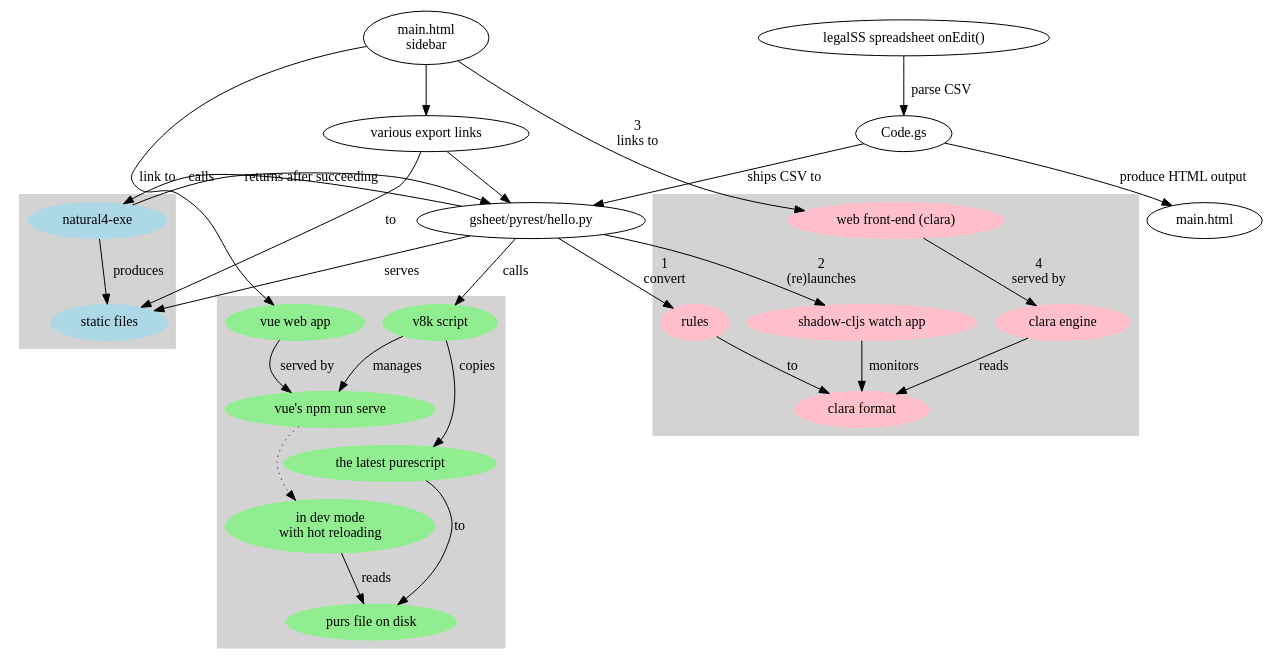
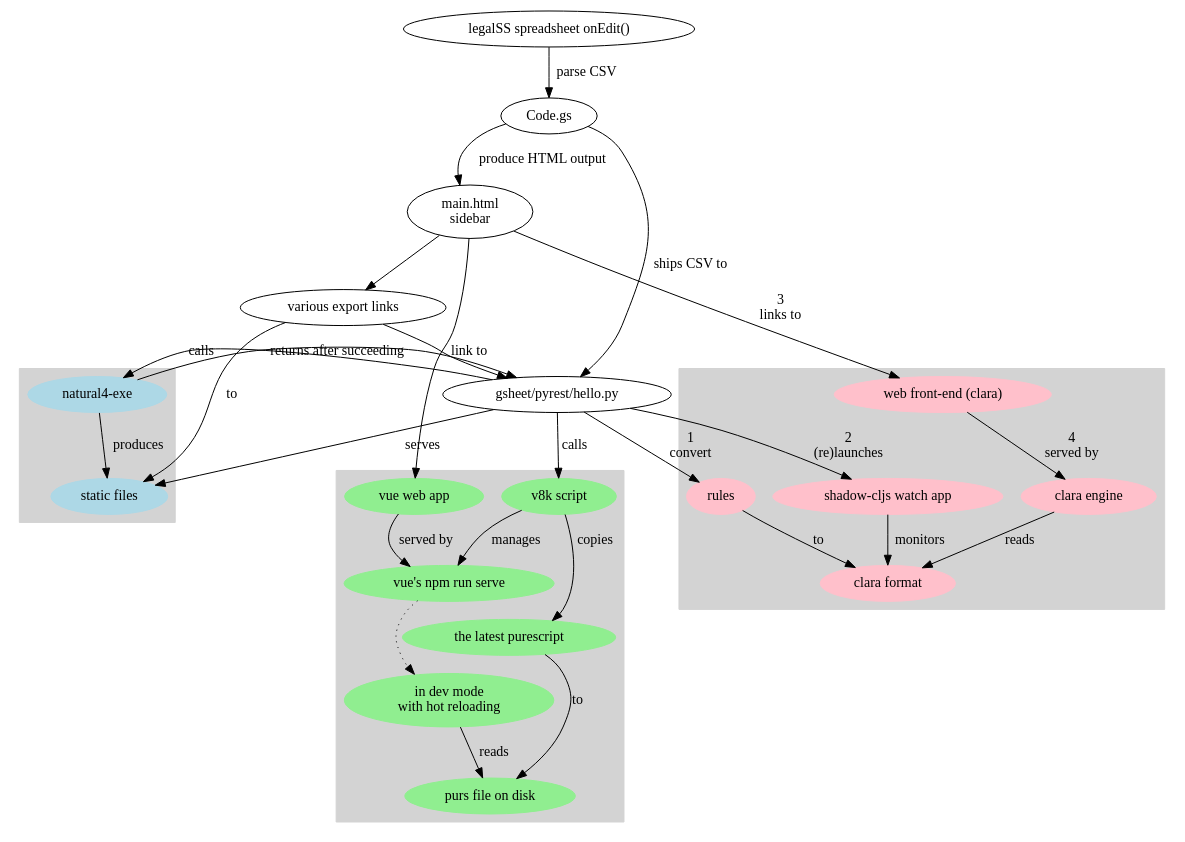
One commit to smucclaw/gsheet changed the diagram in pyrest/architecture.dot. Above: the diagram before and after it, drawn with Graphviz. The commit also changed 1 other file, not shown here.

```diff
--- a/pyrest/architecture.dot
+++ b/pyrest/architecture.dot
@@ -1,56 +1,56 @@
 digraph {
   "legalSS spreadsheet onEdit()" -> "Code.gs" [label="parse CSV"];
   "Code.gs" -> "gsheet/pyrest/hello.py" [label="ships CSV to"];
-  "Code.gs" -> "main.html" [label="produce HTML output"];
+  "Code.gs" -> "main.html\nsidebar" [label="produce HTML output"];
   "main.html\nsidebar" -> "various export links";
   "various export links" -> "gsheet/pyrest/hello.py";
 
   subgraph cluster_natural4 {
    style=filled;
    color=lightgrey;
    node [style=filled,color=lightblue];
    "static files";
    "natural4-exe";
   }
   "gsheet/pyrest/hello.py" -> "static files" [label="serves"];
   "various export links" -> "static files" [label="to"];
   "natural4-exe" -> "static files" [label="produces"];
   "gsheet/pyrest/hello.py" -> "natural4-exe" [label="calls"];
   "natural4-exe" -> "gsheet/pyrest/hello.py" [label="returns after succeeding"];
 
   subgraph cluster_vue {
    style=filled;
    color=lightgrey;
    node [style=filled,color=lightgreen];
   "vue web app";
   "v8k script";
   "vue's npm run serve";
   "in dev mode\nwith hot reloading";
   "the latest purescript";
   "purs file on disk";
   }
   "vue web app" -> "vue's npm run serve" [label="served by"];
   "v8k script" -> "vue's npm run serve" [label="manages"];
   "v8k script" -> "the latest purescript" [label="copies"];
   "the latest purescript" -> "purs file on disk" [label="to"];
   "vue's npm run serve" -> "in dev mode\nwith hot reloading" [style="dotted"];
   "in dev mode\nwith hot reloading" -> "purs file on disk" [label="reads"];
   "gsheet/pyrest/hello.py" -> "v8k script" [label="calls"];
   "main.html\nsidebar" -> "vue web app" [label="link to"];
 
   subgraph cluster_new {
    style=filled;
    color=lightgrey;
    node [style=filled,color=pink];
    "rules";
    "rules" -> "clara format" [label="to"];
    "shadow-cljs watch app";
    "shadow-cljs watch app" -> "clara format" [label="monitors"];
    "clara engine";
    "clara engine" -> "clara format" [label="reads"];
    "web front-end (clara)" -> "clara engine" [label="4\nserved by"];
   }
   "gsheet/pyrest/hello.py" -> "rules" [label="1\nconvert"];
   "gsheet/pyrest/hello.py" -> "shadow-cljs watch app" [label="2\n(re)launches"];
   "main.html\nsidebar" -> "web front-end (clara)" [label="3\nlinks to"];
 }
```
